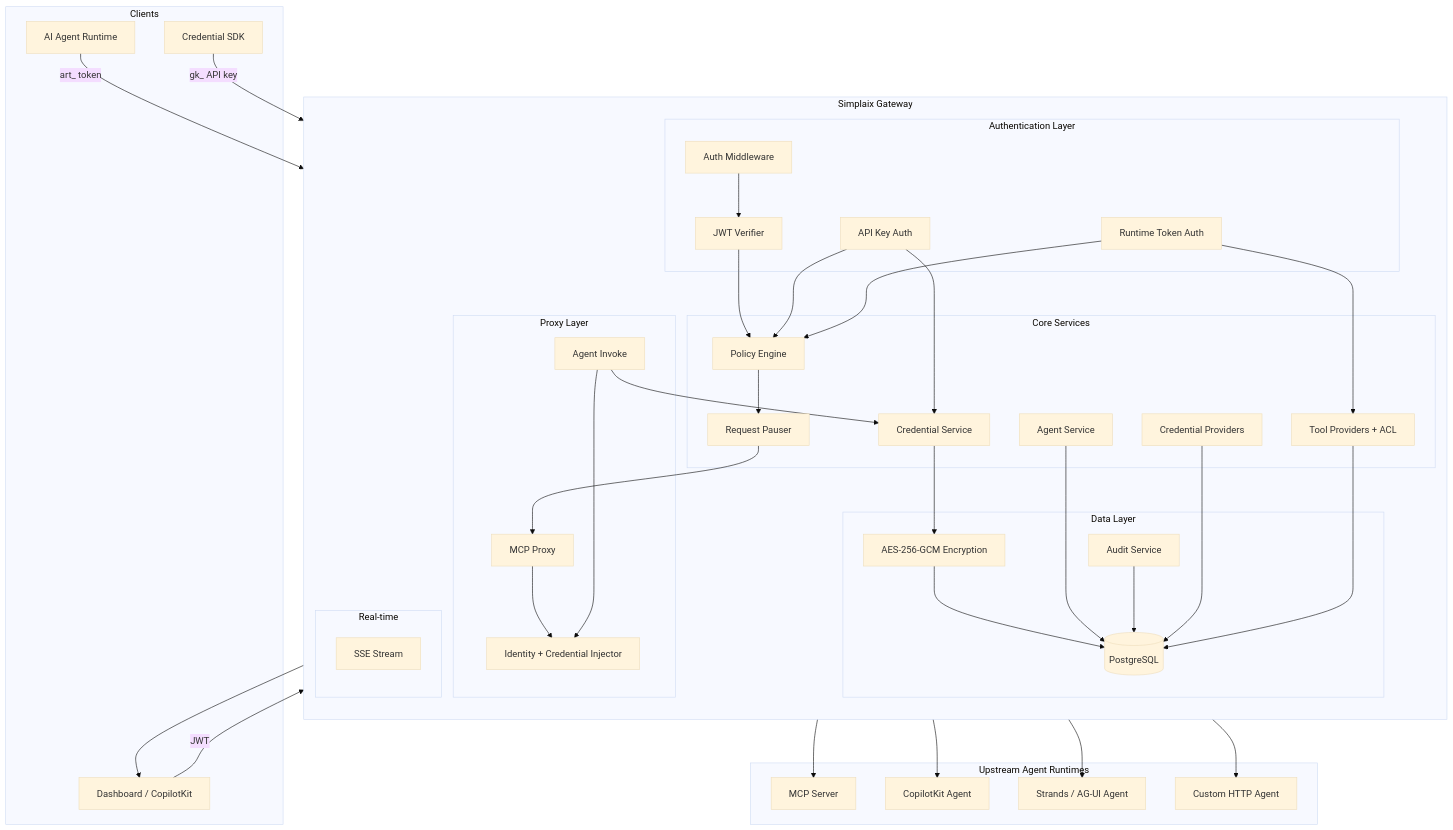
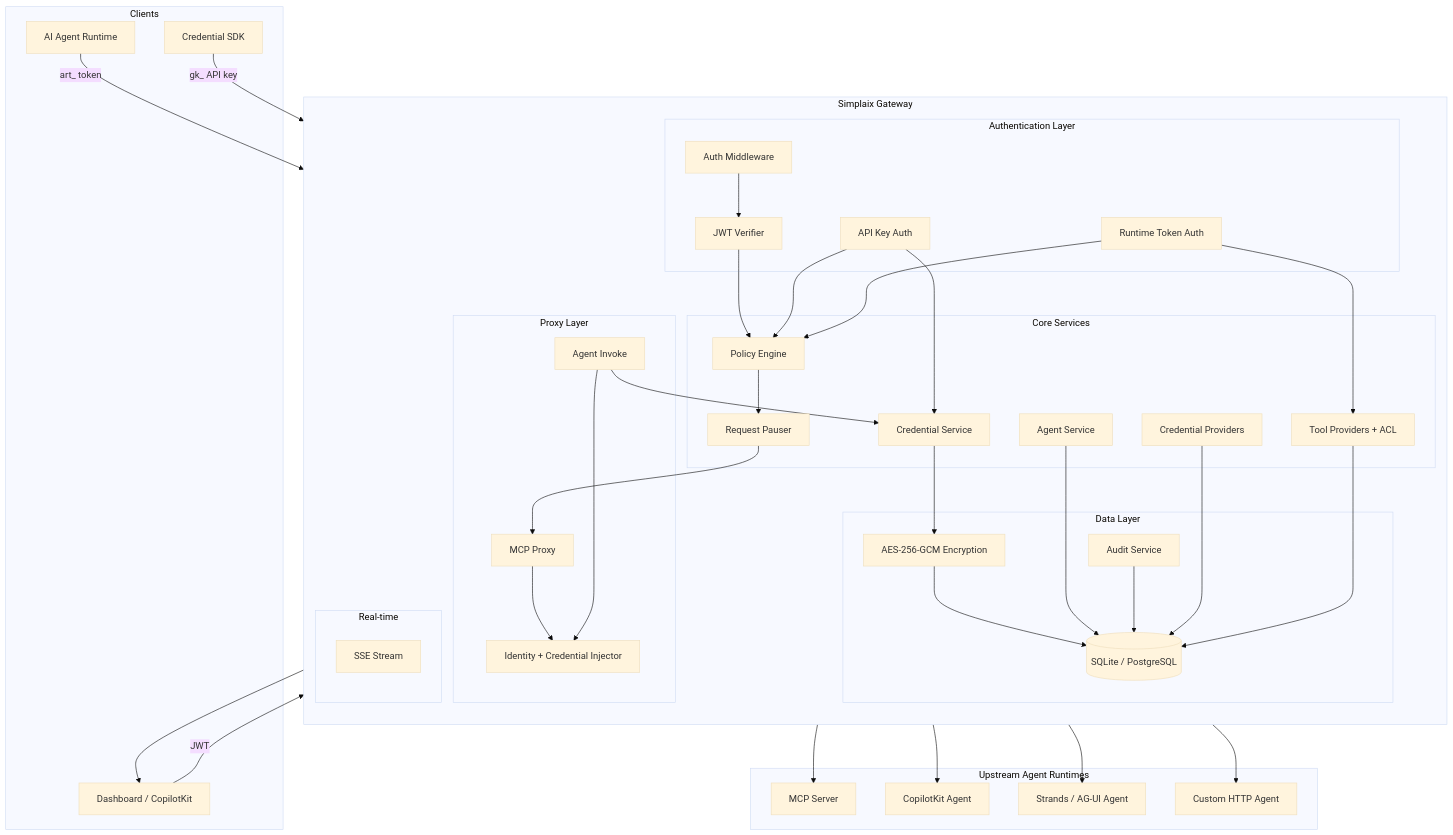
Before and after one commit to simplaix/simplaix-gateway: the diagram in README.md, drawn with Mermaid (base theme). The commit also changed other lines of this file and 10 other files, not shown here.

```diff
--- a/README.md
+++ b/README.md
@@ -63,7 +63,7 @@
         subgraph data [Data Layer]
             AuditSvc[Audit Service]
             Encryption[AES-256-GCM Encryption]
-            DB[(PostgreSQL)]
+            DB[(SQLite / PostgreSQL)]
         end
 
         subgraph realtime [Real-time]
```
